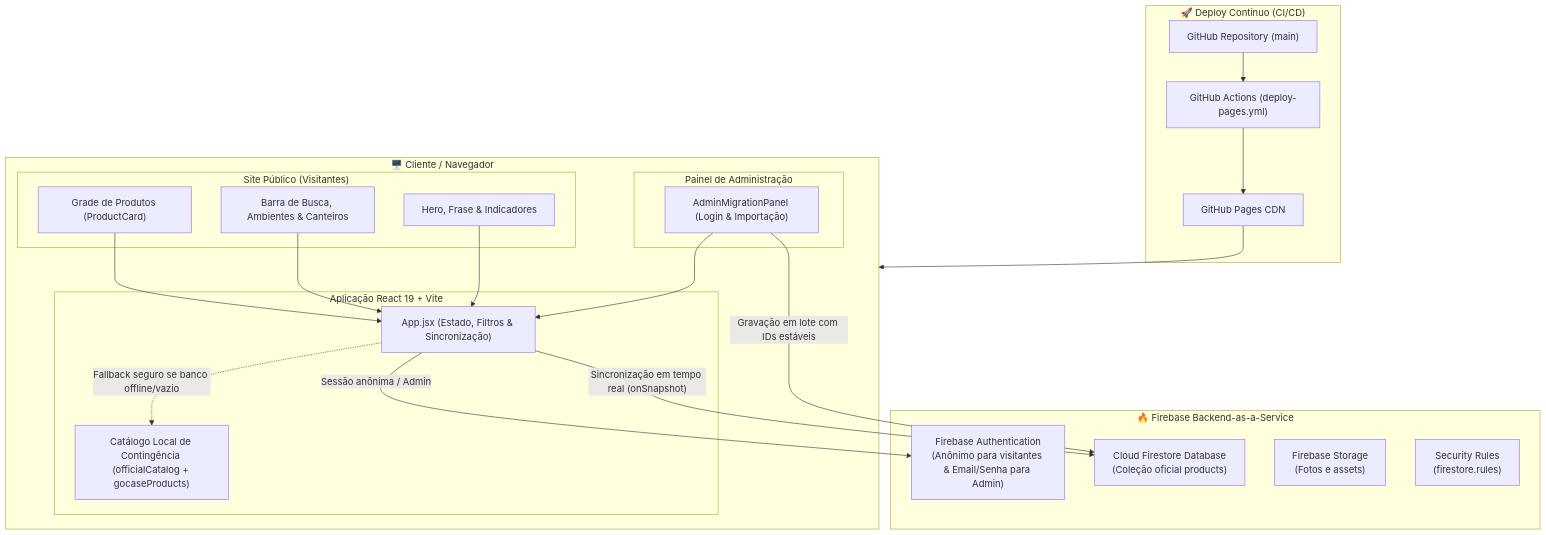
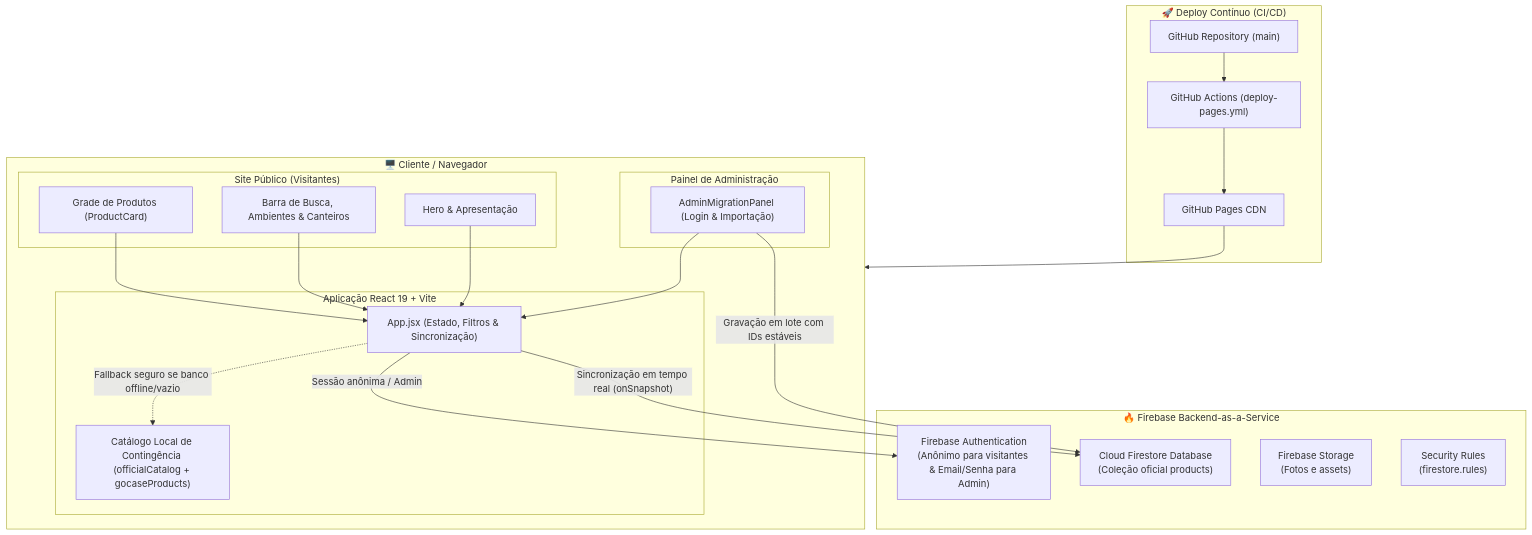
One commit to michelejoohann/jardim-de-desejos changed the first of 2 diagrams in README.md. Above: the diagram before and after it, drawn with Mermaid. The commit also changed 2 other files, not shown here.

Commit message:
feat: remover badges tecnicas de contadores e status do header hero

````diff
--- a/README.md
+++ b/README.md
@@ -12,44 +12,44 @@
 ```mermaid
 graph TB
     subgraph Client ["🖥️ Cliente / Navegador"]
         subgraph PublicUI ["Site Público (Visitantes)"]
-            Hero["Hero, Frase & Indicadores"]
+            Hero["Hero & Apresentação"]
             Toolbar["Barra de Busca, Ambientes & Canteiros"]
             Grid["Grade de Produtos (ProductCard)"]
         end
         subgraph AdminUI ["Painel de Administração"]
             AdminPanel["AdminMigrationPanel (Login & Importação)"]
         end
         subgraph CoreApp ["Aplicação React 19 + Vite"]
             App["App.jsx (Estado, Filtros & Sincronização)"]
             FallbackData["Catálogo Local de Contingência (officialCatalog + gocaseProducts)"]
         end
     end
 
     subgraph FirebaseServices ["🔥 Firebase Backend-as-a-Service"]
         Auth["Firebase Authentication<br/>(Anônimo para visitantes & Email/Senha para Admin)"]
         Firestore["Cloud Firestore Database<br/>(Coleção oficial products)"]
         Storage["Firebase Storage<br/>(Fotos e assets)"]
         Rules["Security Rules<br/>(firestore.rules)"]
     end
 
     subgraph HostingPipeline ["🚀 Deploy Contínuo (CI/CD)"]
         GHRepo["GitHub Repository (main)"]
         GHActions["GitHub Actions (deploy-pages.yml)"]
         GHPages["GitHub Pages CDN"]
     end
 
     Grid --> App
     Toolbar --> App
     Hero --> App
     AdminPanel --> App
 
     App -- "Sessão anônima / Admin" --> Auth
     App -- "Sincronização em tempo real (onSnapshot)" --> Firestore
     AdminPanel -- "Gravação em lote com IDs estáveis" --> Firestore
     App -. "Fallback seguro se banco offline/vazio" .-> FallbackData
 
     GHRepo --> GHActions
     GHActions --> GHPages
     GHPages --> Client
 ```
````
